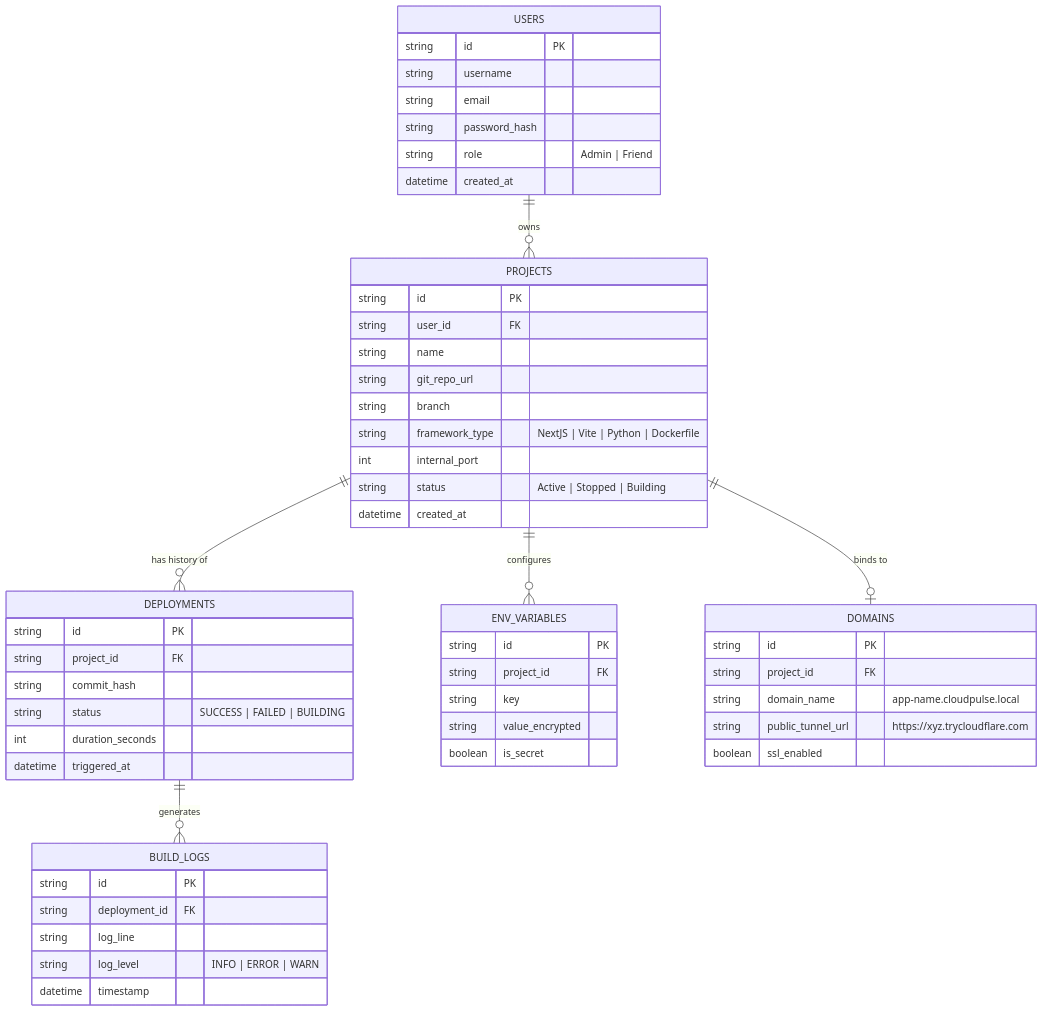
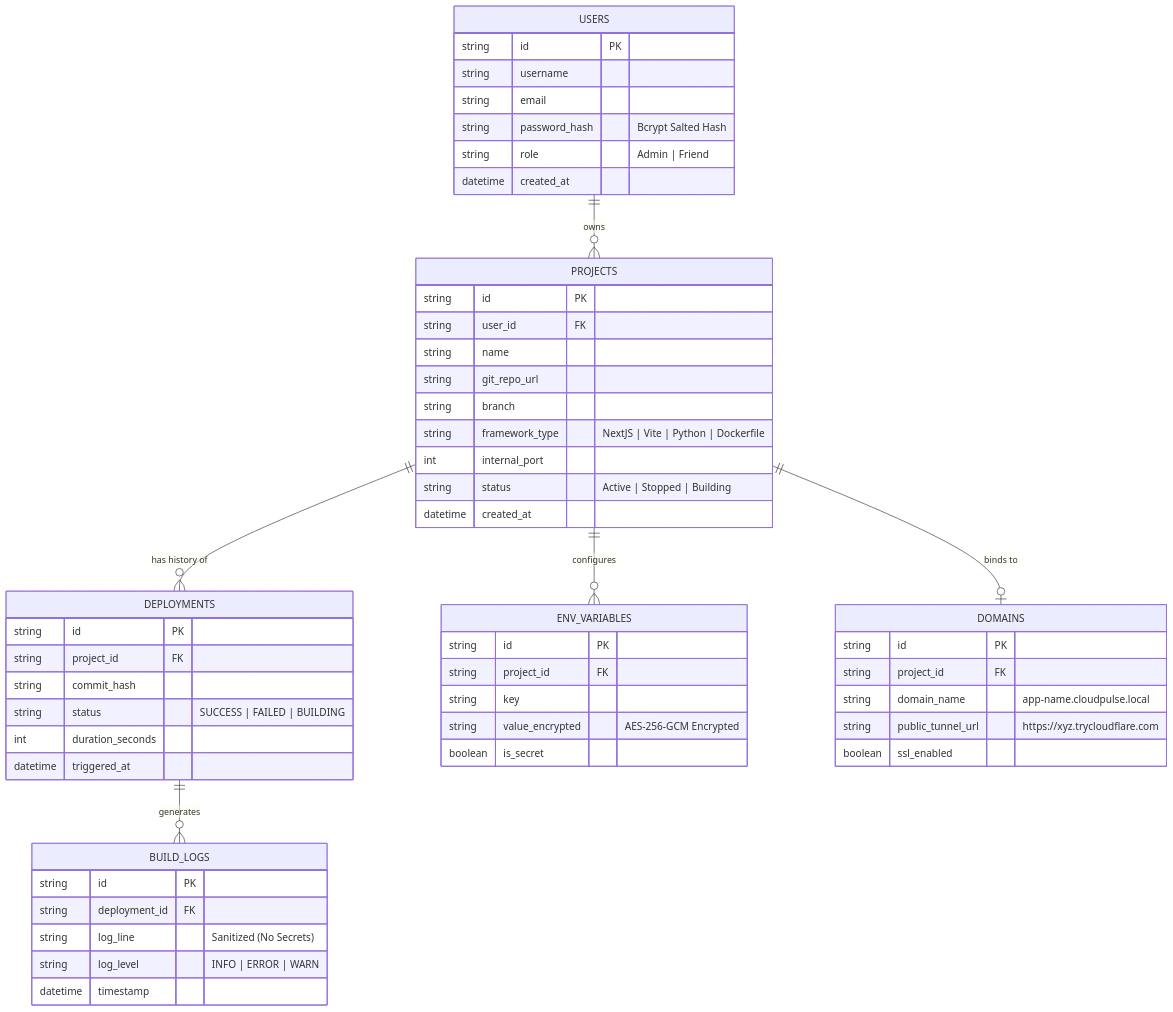
The first of 3 diagrams in CloudPulse/PDR_ARCHITECTURE.md (HimanshuKumarShahi/Docker_Projects), drawn with Mermaid before and after one commit. The commit also changed other lines of this file, not shown here.

````diff
--- a/CloudPulse/PDR_ARCHITECTURE.md
+++ b/CloudPulse/PDR_ARCHITECTURE.md
@@ -23,62 +23,62 @@
 ```mermaid
 erDiagram
     USERS ||--o{ PROJECTS : "owns"
     PROJECTS ||--o{ DEPLOYMENTS : "has history of"
     PROJECTS ||--o{ ENV_VARIABLES : "configures"
     PROJECTS ||--o| DOMAINS : "binds to"
     DEPLOYMENTS ||--o{ BUILD_LOGS : "generates"
 
     USERS {
         string id PK
         string username
         string email
-        string password_hash
+        string password_hash "Bcrypt Salted Hash"
         string role "Admin | Friend"
         datetime created_at
     }
 
     PROJECTS {
         string id PK
         string user_id FK
         string name
         string git_repo_url
         string branch
         string framework_type "NextJS | Vite | Python | Dockerfile"
         int internal_port
         string status "Active | Stopped | Building"
         datetime created_at
     }
 
     ENV_VARIABLES {
         string id PK
         string project_id FK
         string key
-        string value_encrypted
+        string value_encrypted "AES-256-GCM Encrypted"
         boolean is_secret
     }
 
     DOMAINS {
         string id PK
         string project_id FK
         string domain_name "app-name.cloudpulse.local"
         string public_tunnel_url "https://xyz.trycloudflare.com"
         boolean ssl_enabled
     }
 
     DEPLOYMENTS {
         string id PK
         string project_id FK
         string commit_hash
         string status "SUCCESS | FAILED | BUILDING"
         int duration_seconds
         datetime triggered_at
     }
 
     BUILD_LOGS {
         string id PK
         string deployment_id FK
-        string log_line
+        string log_line "Sanitized (No Secrets)"
         string log_level "INFO | ERROR | WARN"
         datetime timestamp
     }
 ```
````
